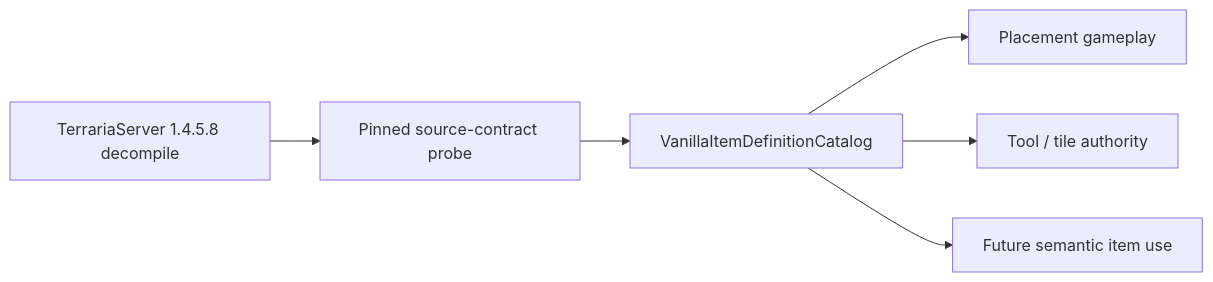
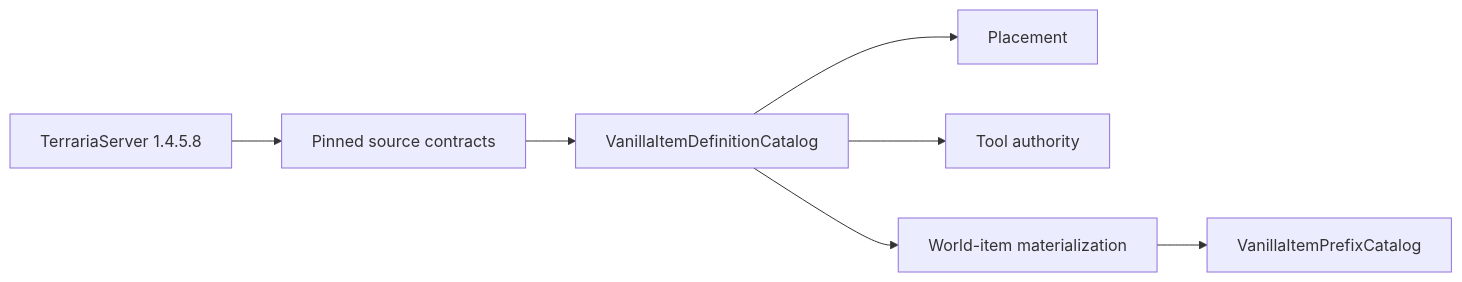
Before and after one commit to VegaKernel/TerraRuntime: the diagram in docs/en/item-definitions.md, drawn with Mermaid. The commit also changed other lines of this file and 13 other files, not shown here.

First line of the commit message:
Gameplay: materialize Blue Slime loot with vanilla RNG ordering

````diff
--- a/docs/en/item-definitions.md
+++ b/docs/en/item-definitions.md
@@ -9,8 +7,9 @@
 ```mermaid
 flowchart LR
-    Source["TerrariaServer 1.4.5.8 decompile"] --> Probe["Pinned source-contract probe"]
+    Source["TerrariaServer 1.4.5.8"] --> Probe["Pinned source contracts"]
     Probe --> Catalog["VanillaItemDefinitionCatalog"]
-    Catalog --> Placement["Placement gameplay"]
-    Catalog --> Tools["Tool / tile authority"]
-    Catalog --> Use["Future semantic item use"]
+    Catalog --> Placement["Placement"]
+    Catalog --> Tools["Tool authority"]
+    Catalog --> WorldDrop["World-item materialization"]
+    WorldDrop --> Prefixes["VanillaItemPrefixCatalog"]
 ```
````
